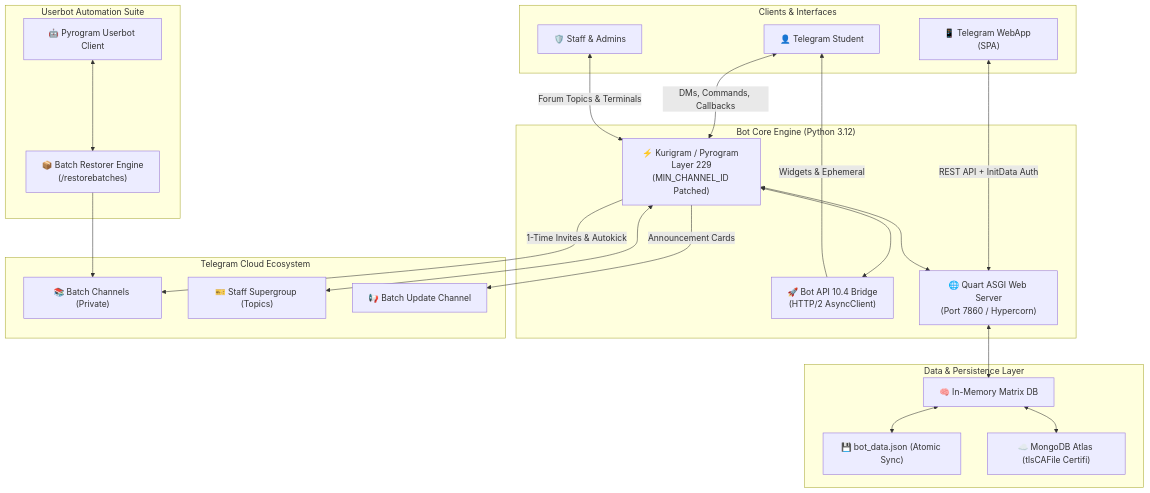
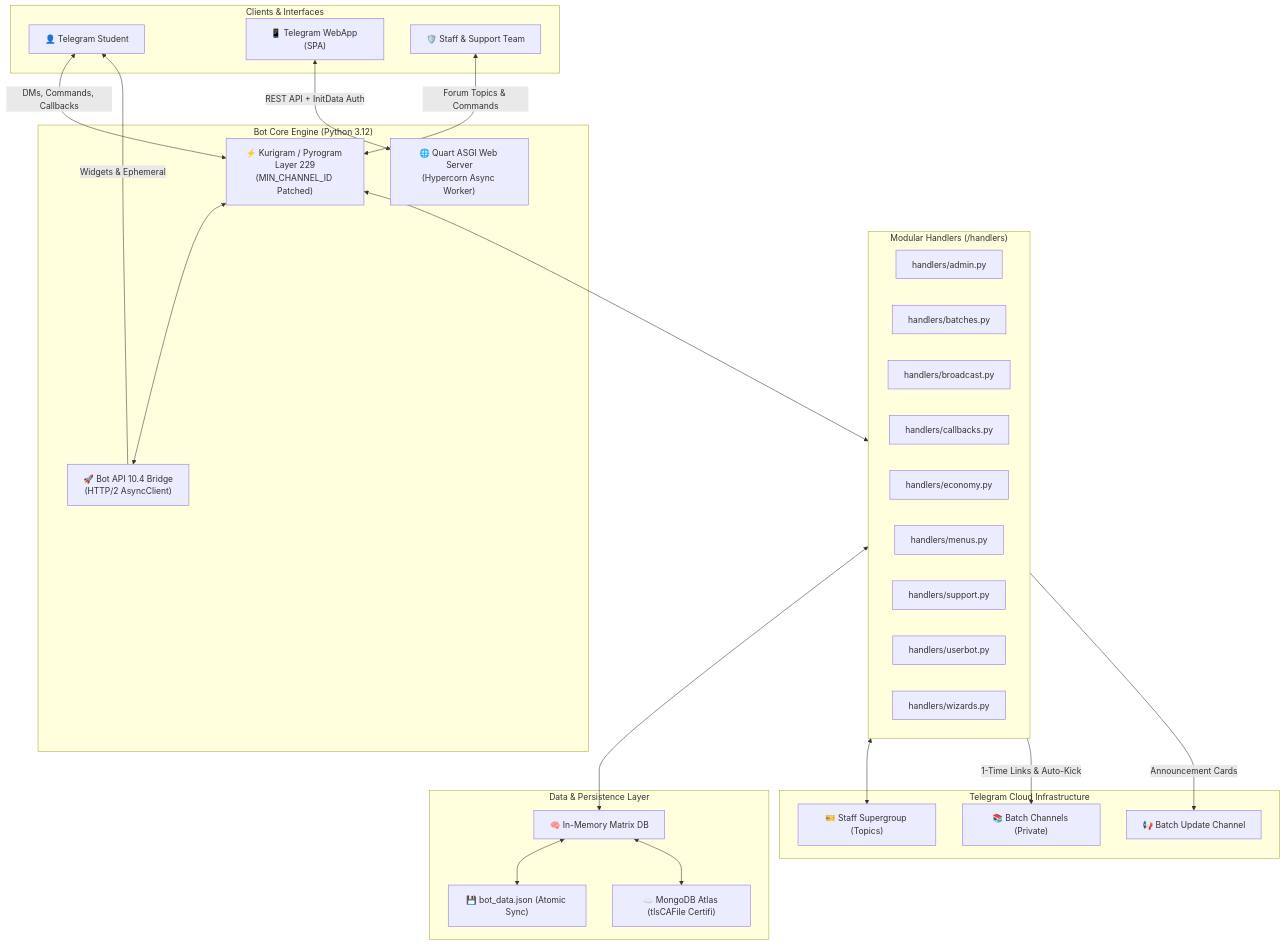
Before and after one commit to itsh4ro5/botupdate: the diagram in README.md, drawn with Mermaid. The commit also changed other lines of this file, not shown here.

Commit message:
docs: update README with professional architecture, modular structure, and topic commands

````diff
--- a/README.md
+++ b/README.md
@@ -128,50 +120,54 @@
 ```mermaid
 flowchart TD
     subgraph Clients["Clients & Interfaces"]
         TelegramUser["👤 Telegram Student"]
         TWA["📱 Telegram WebApp (SPA)"]
-        StaffUser["🛡️ Staff & Admins"]
+        StaffUser["🛡️ Staff & Support Team"]
     end
 
-    subgraph CoreEngine["Bot Core Engine (Python 3.12)"]
+    subgraph BotEngine["Bot Core Engine (Python 3.12)"]
         MTProto["⚡ Kurigram / Pyrogram Layer 229\n(MIN_CHANNEL_ID Patched)"]
         Bridge["🚀 Bot API 10.4 Bridge\n(HTTP/2 AsyncClient)"]
-        QuartApp["🌐 Quart ASGI Web Server\n(Port 7860 / Hypercorn)"]
+        QuartApp["🌐 Quart ASGI Web Server\n(Hypercorn Async Worker)"]
     end
 
-    subgraph UserbotSuite["Userbot Automation Suite"]
-        PyroUserbot["🤖 Pyrogram Userbot Client"]
-        Restorer["📦 Batch Restorer Engine\n(/restorebatches)"]
+    subgraph ModularHandlers["Modular Handlers (/handlers)"]
+        H_Admin["handlers/admin.py"]
+        H_Batches["handlers/batches.py"]
+        H_Broadcast["handlers/broadcast.py"]
+        H_Callbacks["handlers/callbacks.py"]
+        H_Economy["handlers/economy.py"]
+        H_Menus["handlers/menus.py"]
+        H_Support["handlers/support.py"]
+        H_Userbot["handlers/userbot.py"]
+        H_Wizards["handlers/wizards.py"]
     end
 
     subgraph StorageLayer["Data & Persistence Layer"]
         MemoryDB["🧠 In-Memory Matrix DB"]
         JSONDisk["💾 bot_data.json (Atomic Sync)"]
         MongoAtlas["☁️ MongoDB Atlas (tlsCAFile Certifi)"]
     end
 
-    subgraph TelegramCloud["Telegram Cloud Ecosystem"]
+    subgraph TelegramCloud["Telegram Cloud Infrastructure"]
         BatchChannels["📚 Batch Channels (Private)"]
         ForumSupport["🎫 Staff Supergroup (Topics)"]
         UpdateChannel["📢 Batch Update Channel"]
     end
 
     TelegramUser <-->|DMs, Commands, Callbacks| MTProto
     TWA <-->|REST API + InitData Auth| QuartApp
-    StaffUser <-->|Forum Topics & Terminals| MTProto
+    StaffUser <-->|Forum Topics & Commands| MTProto
 
     MTProto <--> Bridge
     Bridge -->|Widgets & Ephemeral| TelegramUser
-    MTProto <--> QuartApp
-    QuartApp <--> MemoryDB
+    MTProto <--> ModularHandlers
+    ModularHandlers <--> MemoryDB
 
     MemoryDB <--> JSONDisk
     MemoryDB <--> MongoAtlas
 
-    MTProto <--> ForumSupport
-    MTProto -->|1-Time Invites & Autokick| BatchChannels
-    MTProto -->|Announcement Cards| UpdateChannel
-
-    PyroUserbot <--> Restorer
-    Restorer --> BatchChannels
+    ModularHandlers <--> ForumSupport
+    ModularHandlers -->|1-Time Links & Auto-Kick| BatchChannels
+    ModularHandlers -->|Announcement Cards| UpdateChannel
 ```
````
